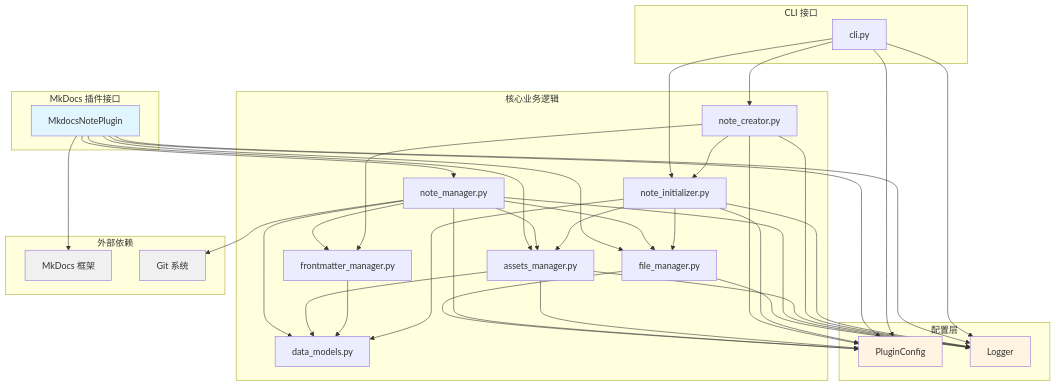
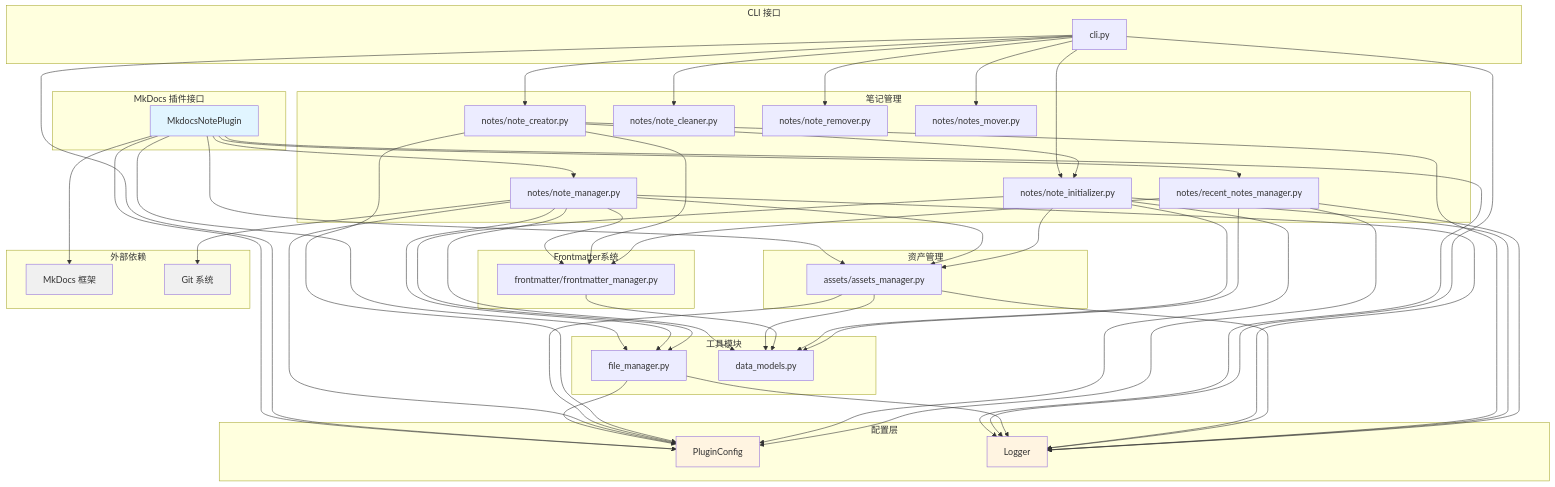
Before and after one commit to virtualguard101/mkdocs-note: the first of 5 diagrams in CONTRIBUTING.zh-CN.md, drawn with Mermaid. The commit also changed other lines of this file and 14 other files, not shown here.

```diff
--- a/CONTRIBUTING.zh-CN.md
+++ b/CONTRIBUTING.zh-CN.md
@@ -43,14 +51,27 @@
         Logger[Logger]
     end
     
-    subgraph "核心业务逻辑"
+    subgraph "工具模块"
         FileManager[file_manager.py]
-        NoteManager[note_manager.py]
-        AssetsManager[assets_manager.py]
-        FrontmatterManager[frontmatter_manager.py]
-        NoteCreator[note_creator.py]
-        NoteInitializer[note_initializer.py]
         DataModels[data_models.py]
+    end
+    
+    subgraph "资产管理"
+        AssetsManager[assets/assets_manager.py]
+    end
+    
+    subgraph "Frontmatter系统"
+        FrontmatterManager[frontmatter/frontmatter_manager.py]
+    end
+    
+    subgraph "笔记管理"
+        NoteManager[notes/note_manager.py]
+        NoteCreator[notes/note_creator.py]
+        NoteInitializer[notes/note_initializer.py]
+        NoteCleaner[notes/note_cleaner.py]
+        NoteRemover[notes/note_remover.py]
+        NotesMover[notes/notes_mover.py]
+        RecentNotesManager[notes/recent_notes_manager.py]
     end
     
     subgraph "CLI 接口"
@@ -67,12 +88,16 @@
     Plugin --> FileManager
     Plugin --> NoteManager
     Plugin --> AssetsManager
+    Plugin --> RecentNotesManager
     Plugin --> MkDocs
     
     CLI --> Config
     CLI --> Logger
     CLI --> NoteCreator
     CLI --> NoteInitializer
+    CLI --> NoteCleaner
+    CLI --> NoteRemover
+    CLI --> NotesMover
     
     FileManager --> Config
     FileManager --> Logger
@@ -102,6 +127,11 @@
     NoteInitializer --> AssetsManager
     NoteInitializer --> DataModels
     
+    RecentNotesManager --> Config
+    RecentNotesManager --> Logger
+    RecentNotesManager --> FrontmatterManager
+    RecentNotesManager --> DataModels
+    
     style Plugin fill:#e1f5ff
     style Config fill:#fff4e1
     style Logger fill:#fff4e1
```
